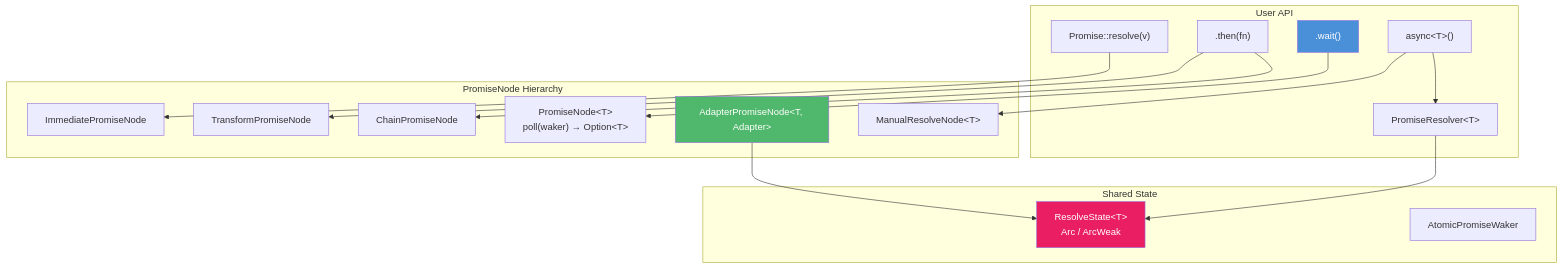
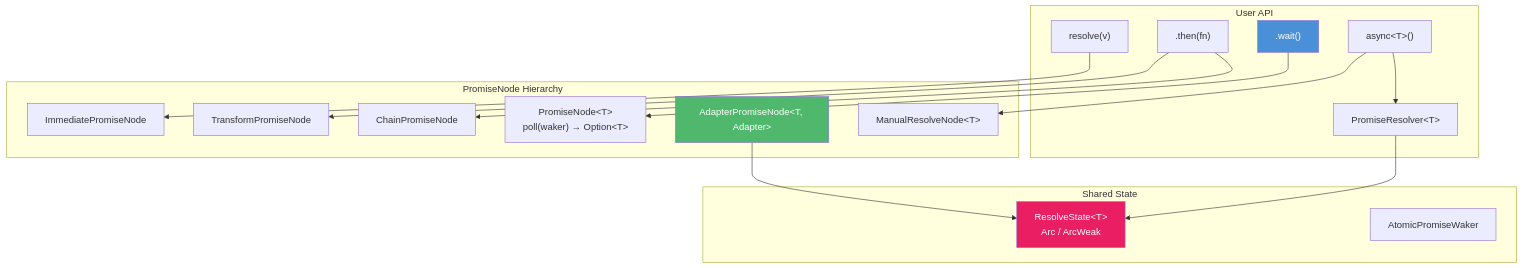
The diagram in docs/libxpp/promise/README.md (mivinci/x), drawn with Mermaid before and after one commit. The commit also changed other lines of this file and 21 other files, not shown here.

````diff
--- a/docs/libxpp/promise/README.md
+++ b/docs/libxpp/promise/README.md
@@ -32,37 +32,37 @@
 ```mermaid
 graph TD
     subgraph "User API"
-        PR["Promise::resolve(v)"]
+        PR["resolve(v)"]
         CHAIN[".then(fn)"]
         WAIT[".wait()"]
         ASYNC["async&lt;T&gt;()"]
         PRR["PromiseResolver&lt;T&gt;"]
     end
 
     subgraph "PromiseNode Hierarchy"
         BASE["PromiseNode&lt;T&gt;<br/>poll(waker) → Option&lt;T&gt;"]
         IMM["ImmediatePromiseNode"]
         TRANS["TransformPromiseNode"]
         CHAINP["ChainPromiseNode"]
         ADAPT["AdapterPromiseNode&lt;T, Adapter&gt;"]
         MANUAL["ManualResolveNode&lt;T&gt;"]
     end
 
     subgraph "Shared State"
         RS["ResolveState&lt;T&gt;<br/>Arc / ArcWeak"]
         AW["AtomicPromiseWaker"]
     end
 
     PR --> IMM
     CHAIN --> TRANS
     CHAIN --> CHAINP
     ASYNC --> MANUAL
     ASYNC --> PRR
     PRR --> RS
     ADAPT --> RS
     WAIT --> BASE
 
     style WAIT fill:#4a90d9,color:#fff
     style RS fill:#e91e63,color:#fff
     style ADAPT fill:#50b86c,color:#fff
 ```
````
